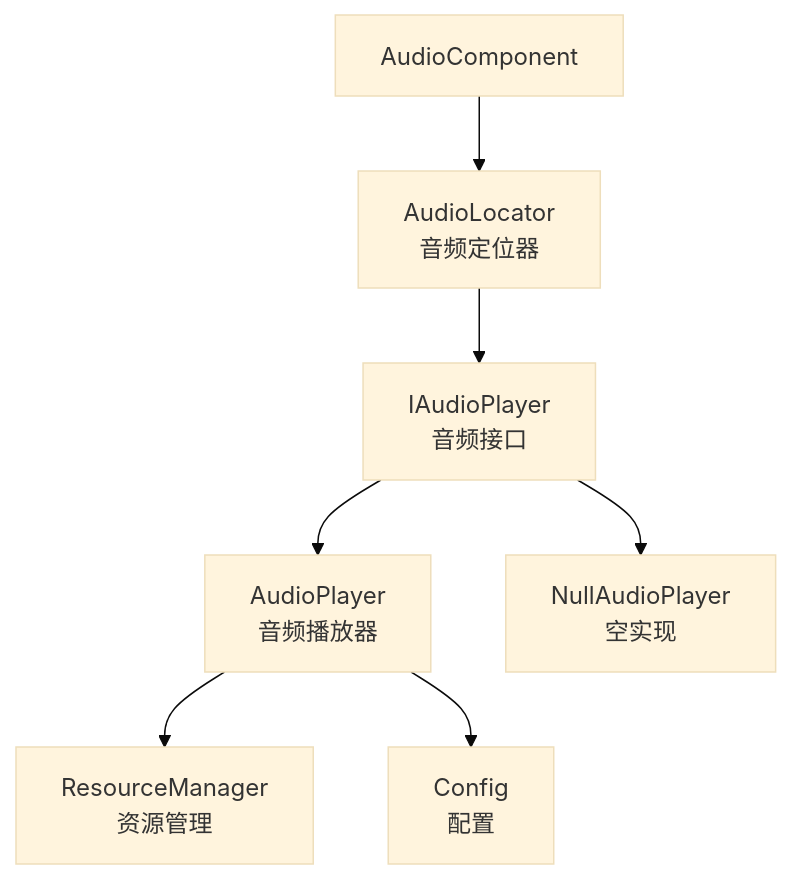
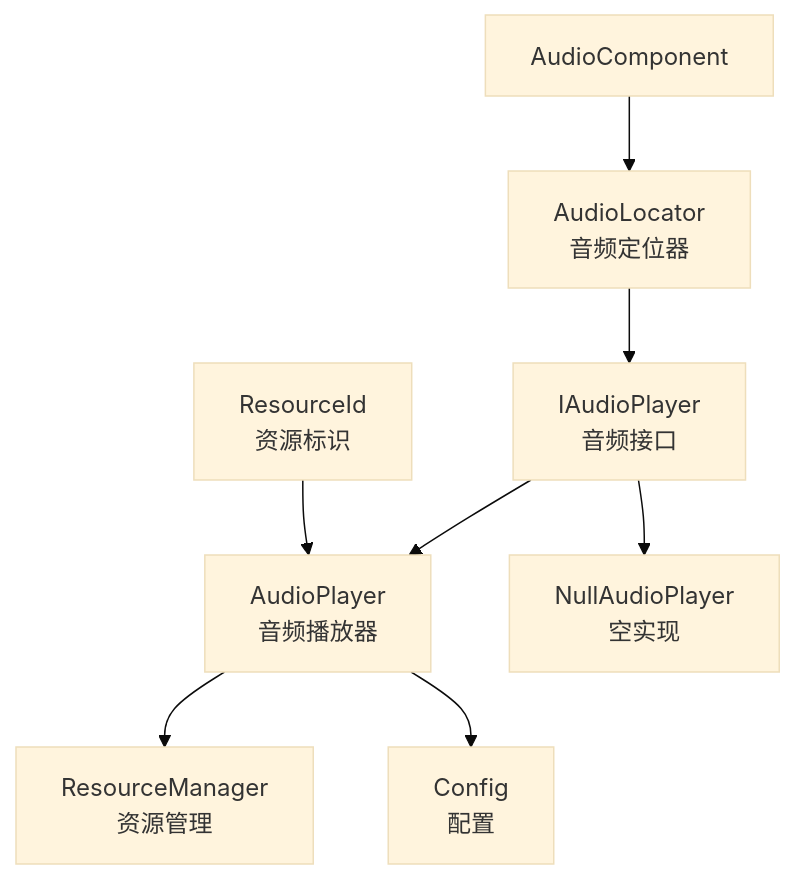
Before and after one commit to hezhangtdzs/MonsterWar: the first of 4 diagrams in doc/audio/README.md, drawn with Mermaid (base theme). The commit also changed other lines of this file and 47 other files, not shown here.

````diff
--- a/doc/audio/README.md
+++ b/doc/audio/README.md
@@ -7,13 +7,14 @@
 ```mermaid
 graph TB
     AudioLocator[AudioLocator<br/>音频定位器]
     
     AudioLocator --> IAudioPlayer[IAudioPlayer<br/>音频接口]
     IAudioPlayer --> AudioPlayer[AudioPlayer<br/>音频播放器]
     IAudioPlayer --> NullAudioPlayer[NullAudioPlayer<br/>空实现]
     
     AudioPlayer --> ResourceManager[ResourceManager<br/>资源管理]
     AudioPlayer --> Config[Config<br/>配置]
     
     AudioComponent[AudioComponent] --> AudioLocator
+    ResourceId[ResourceId<br/>资源标识] --> AudioPlayer
 ```
````
